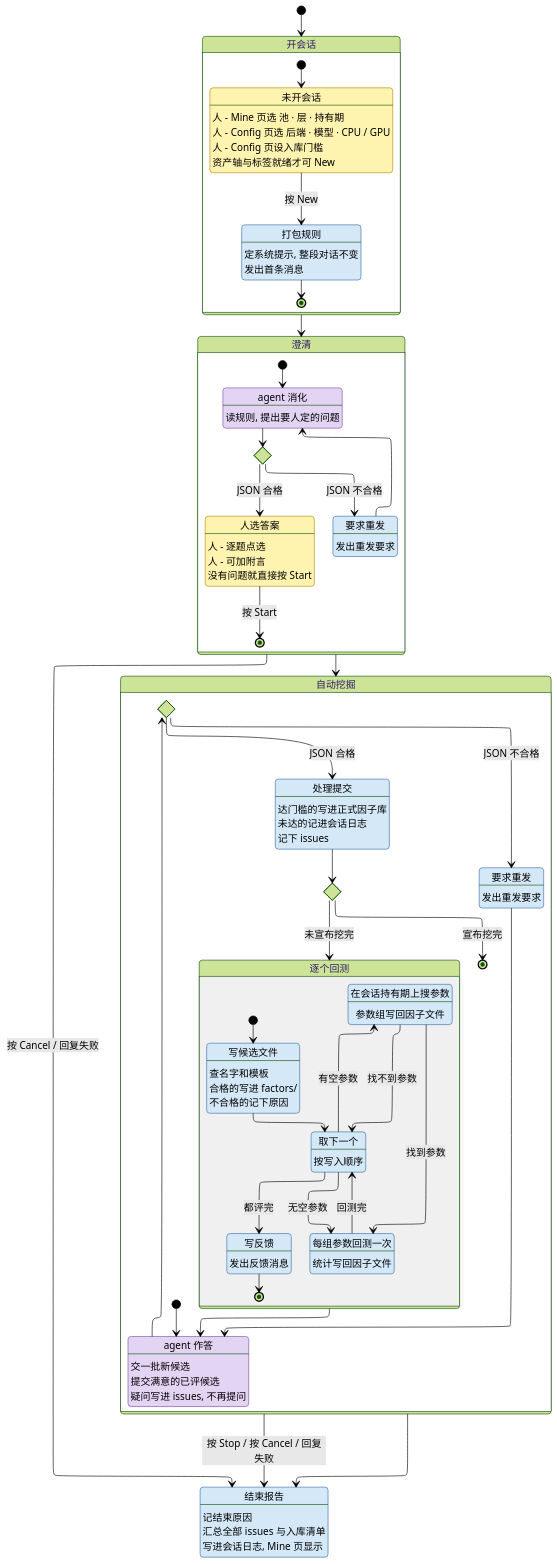
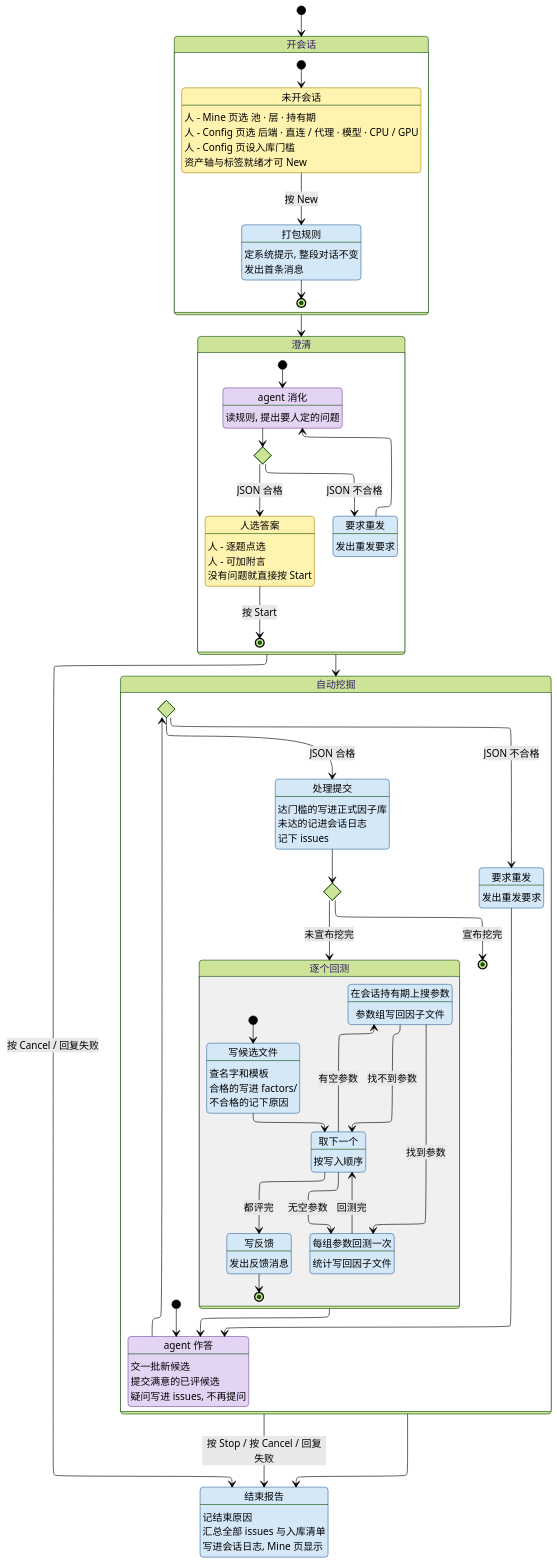
The diagram in AGENT.md (CoCoMilkyWay/stk), drawn with Mermaid (forest theme) before and after one commit. The commit also changed other lines of this file and 9 other files, not shown here.

```diff
--- a/AGENT.md
+++ b/AGENT.md
@@ -39,7 +39,7 @@
     state "开会话" as GOpen {
         state "未开会话" as None
         None : 人 - Mine 页选 池 · 层 · 持有期
-        None : 人 - Config 页选 后端 · 模型 · CPU / GPU
+        None : 人 - Config 页选 后端 · 直连 / 代理 · 模型 · CPU / GPU
         None : 人 - Config 页设入库门槛
         None : 资产轴与标签就绪才可 New
         state "打包规则" as Pack
```
